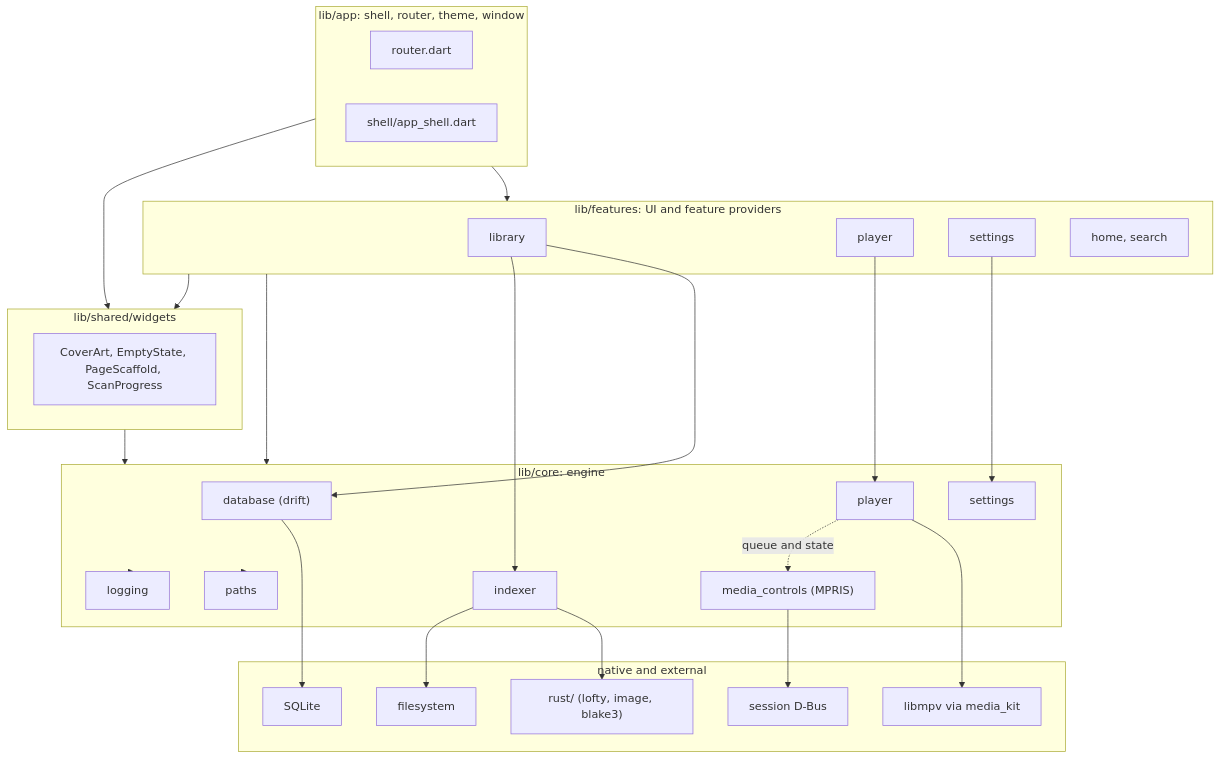
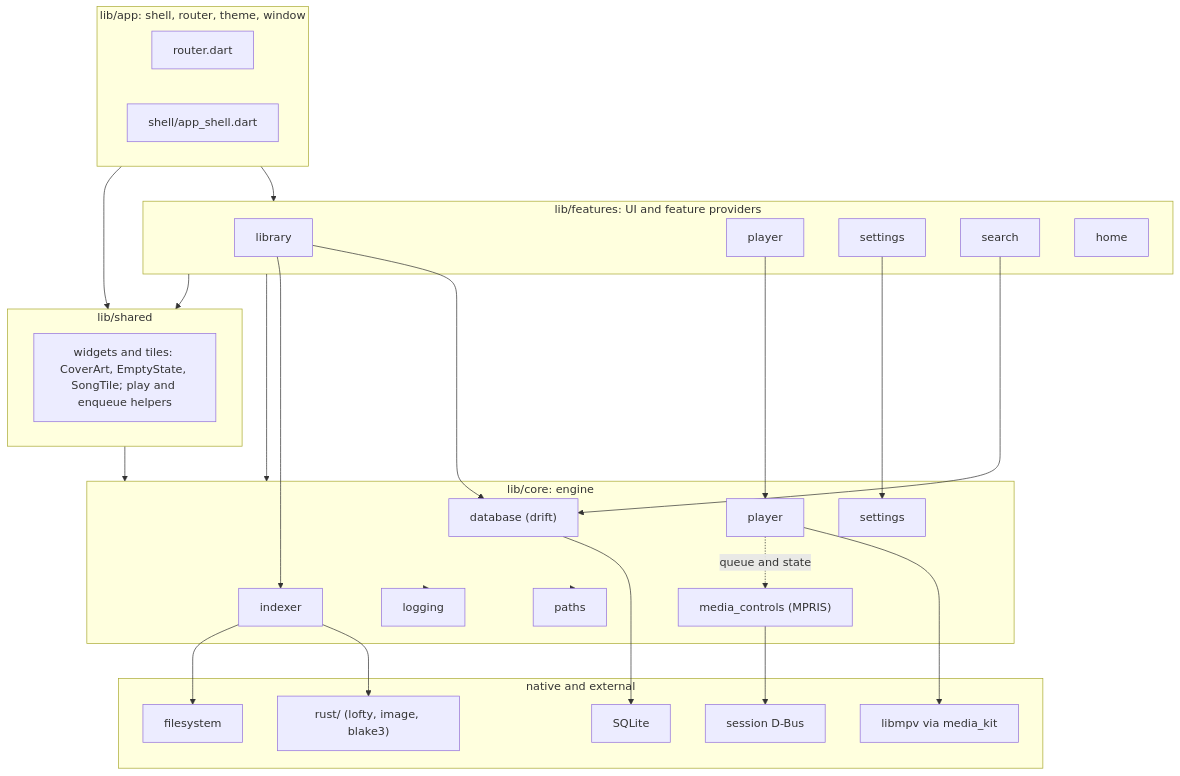
One commit to kanaru313/kanaru changed the first of 8 diagrams in docs/system-architecture.md. Above: the diagram before and after it, drawn with Mermaid. The commit also changed other lines of this file and 8 other files, not shown here.

````diff
--- a/docs/system-architecture.md
+++ b/docs/system-architecture.md
@@ -24,54 +24,56 @@
 ```mermaid
 flowchart TD
     subgraph APP ["lib/app: shell, router, theme, window"]
         Router["router.dart"]
         Shell["shell/app_shell.dart"]
     end
 
     subgraph FEAT ["lib/features: UI and feature providers"]
         Library["library"]
         Player["player"]
         Settings["settings"]
-        Placeholders["home, search"]
+        Search["search"]
+        Placeholders["home"]
     end
 
-    subgraph SHARED ["lib/shared/widgets"]
-        Widgets["CoverArt, EmptyState, PageScaffold, ScanProgress"]
+    subgraph SHARED ["lib/shared"]
+        Widgets["widgets and tiles: CoverArt, EmptyState, SongTile; play and enqueue helpers"]
     end
 
     subgraph CORE ["lib/core: engine"]
         Database["database (drift)"]
         Indexer["indexer"]
         PlayerCore["player"]
         MediaCtl["media_controls (MPRIS)"]
         SettingsCore["settings"]
         Logging["logging"]
         Paths["paths"]
     end
 
     subgraph NATIVE ["native and external"]
         Rust["rust/ (lofty, image, blake3)"]
         Mpv["libmpv via media_kit"]
         Sqlite["SQLite"]
         DBus["session D-Bus"]
         FS["filesystem"]
     end
 
     APP --> FEAT
     APP --> SHARED
     FEAT --> CORE
     FEAT --> SHARED
     SHARED --> CORE
     Library --> Database
+    Search --> Database
     Library --> Indexer
     Player --> PlayerCore
     Settings --> SettingsCore
     Indexer --> Rust
     Indexer --> FS
     Database --> Sqlite
     PlayerCore --> Mpv
     MediaCtl --> DBus
     PlayerCore -. "queue and state" .-> MediaCtl
     CORE --> Paths
     CORE --> Logging
 ```
````
